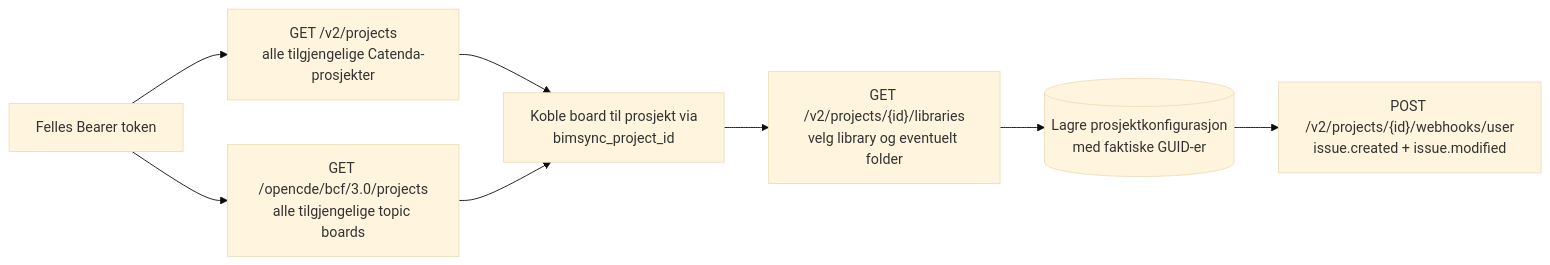
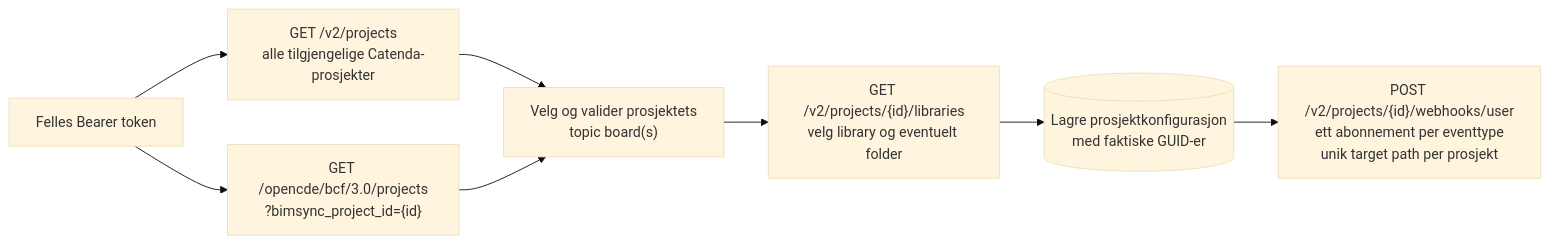
One commit to khjohns/endringsmeldinger changed the second of 6 diagrams in docs/catenda-dataflyt.md. Above: the diagram before and after it, drawn with Mermaid (base theme). The commit also changed other lines of this file and 22 other files, not shown here.

````diff
--- a/docs/catenda-dataflyt.md
+++ b/docs/catenda-dataflyt.md
@@ -85,16 +85,16 @@
 ```mermaid
 flowchart LR
     A["Felles Bearer token"]
     P["GET /v2/projects<br/>alle tilgjengelige Catenda-prosjekter"]
-    B["GET /opencde/bcf/3.0/projects<br/>alle tilgjengelige topic boards"]
-    J["Koble board til prosjekt via<br/>bimsync_project_id"]
+    B["GET /opencde/bcf/3.0/projects<br/>?bimsync_project_id={id}"]
+    J["Velg og valider prosjektets<br/>topic board(s)"]
     L["GET /v2/projects/{id}/libraries<br/>velg library og eventuelt folder"]
     R[("Lagre prosjektkonfigurasjon<br/>med faktiske GUID-er")]
-    W["POST /v2/projects/{id}/webhooks/user<br/>issue.created + issue.modified"]
+    W["POST /v2/projects/{id}/webhooks/user<br/>ett abonnement per eventtype<br/>unik target path per prosjekt"]
 
     A --> P
     A --> B
     P --> J
     B --> J
     J --> L --> R --> W
 ```
````
